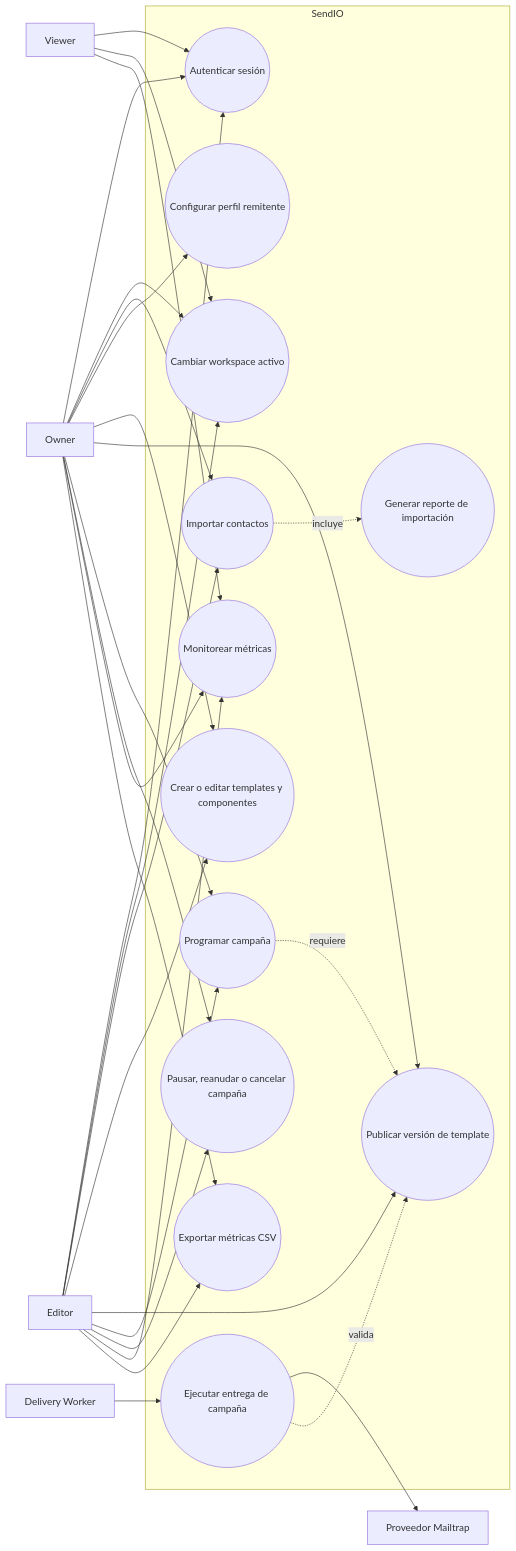
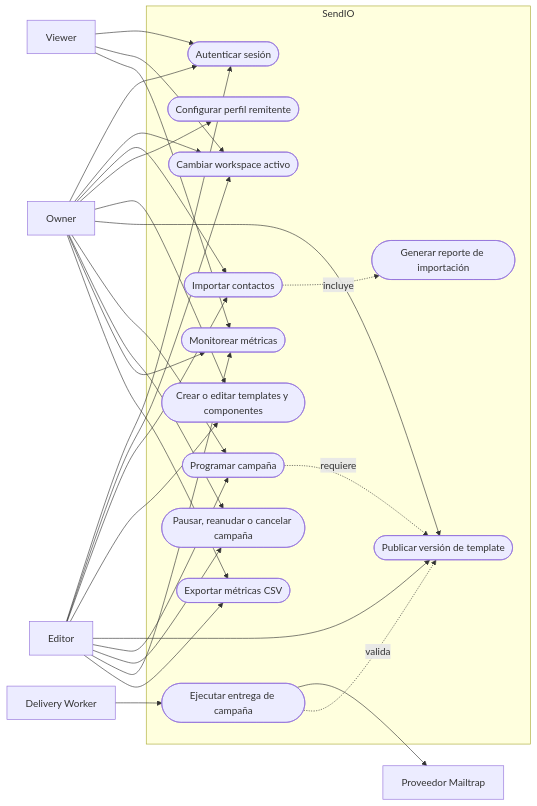
Before and after one commit to Chopyh/SendIO: the first of 3 diagrams in docs/analysis/modelo-analisis-sistema.md, drawn with Mermaid. The commit also changed 40 other files, not shown here.

Commit message:
Translate design documentation to Spanish, update activity and component diagrams, and add new system design chapter for SendIO. Implement Docker Redis queue worker and enhance validation documentation. Refactor frontend campaign list page and update shell scripts for queue management.

````diff
--- a/docs/analysis/modelo-analisis-sistema.md
+++ b/docs/analysis/modelo-analisis-sistema.md
@@ -44,54 +44,54 @@
 ```mermaid
 flowchart LR
     owner[Owner]
     editor[Editor]
     viewer[Viewer]
     worker[Delivery Worker]
     mailtrap[Proveedor Mailtrap]
 
     subgraph sendio[SendIO]
-      ucAuth((Autenticar sesión))
-      ucWorkspace((Cambiar workspace activo))
-      ucImport((Importar contactos))
-      ucImportReport((Generar reporte de importación))
-      ucSender((Configurar perfil remitente))
-      ucTemplate((Crear o editar templates y componentes))
-      ucPublish((Publicar versión de template))
-      ucSchedule((Programar campaña))
-      ucControl((Pausar, reanudar o cancelar campaña))
-      ucDeliver((Ejecutar entrega de campaña))
-      ucMetrics((Monitorear métricas))
-      ucExport((Exportar métricas CSV))
+      ucAuth([Autenticar sesión])
+      ucWorkspace([Cambiar workspace activo])
+      ucImport([Importar contactos])
+      ucImportReport([Generar reporte de importación])
+      ucSender([Configurar perfil remitente])
+      ucTemplate([Crear o editar templates y componentes])
+      ucPublish([Publicar versión de template])
+      ucSchedule([Programar campaña])
+      ucControl([Pausar, reanudar o cancelar campaña])
+      ucDeliver([Ejecutar entrega de campaña])
+      ucMetrics([Monitorear métricas])
+      ucExport([Exportar métricas CSV])
     end
 
     owner --> ucAuth
     owner --> ucWorkspace
     owner --> ucImport
     owner --> ucSender
     owner --> ucTemplate
     owner --> ucPublish
     owner --> ucSchedule
     owner --> ucControl
     owner --> ucMetrics
     owner --> ucExport
 
     editor --> ucAuth
     editor --> ucWorkspace
     editor --> ucImport
     editor --> ucTemplate
     editor --> ucPublish
     editor --> ucSchedule
     editor --> ucControl
     editor --> ucMetrics
     editor --> ucExport
 
     viewer --> ucAuth
     viewer --> ucWorkspace
     viewer --> ucMetrics
 
     worker --> ucDeliver
     ucDeliver --> mailtrap
     ucImport -. incluye .-> ucImportReport
     ucSchedule -. requiere .-> ucPublish
     ucDeliver -. valida .-> ucPublish
 ```
````
